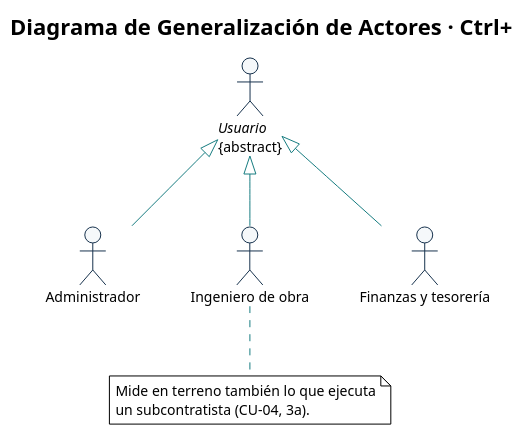
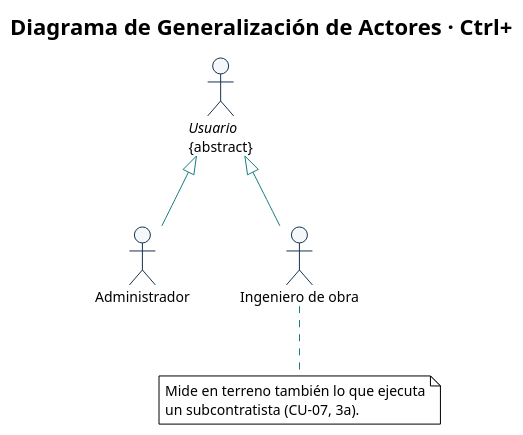
The diagram in diagramas/CU-00-generalizacion-actores.puml (Ssrrb/tpf-uca), drawn with PlantUML before and after one commit. The commit also changed 8 other files, not shown here.

First line of the commit message:
Diagramas generales: alto nivel y refinados por proceso con dos actores, y generalización sin Finanzas y tesorería

```diff
--- a/diagramas/CU-00-generalizacion-actores.puml
+++ b/diagramas/CU-00-generalizacion-actores.puml
@@ -1,42 +1,40 @@
 @startuml
 !theme plain
 skinparam style strictuml
 title Diagrama de Generalización de Actores · Ctrl+
 skinparam shadowing false
 skinparam defaultFontName Arial
 skinparam defaultFontSize 14
 skinparam ArrowColor #167C80
 skinparam actor {
   BackgroundColor #F5F8FA
   BorderColor #17324D
 }
 skinparam usecase {
   BackgroundColor #F5F8FA
   BorderColor #17324D
 }
 skinparam rectangle {
   BackgroundColor #FFFFFF
   BorderColor #17324D
 }
 skinparam package {
   BackgroundColor #EAF2F6
   BorderColor #17324D
 }
 skinparam nodesep 50
 skinparam ranksep 70
 
 actor "<i>Usuario</i>\n{abstract}" as USR
 actor "Administrador" as ADM
 actor "Ingeniero de obra" as ING
-actor "Finanzas y tesorería" as FIN
 
 USR <|-- ADM
 USR <|-- ING
-USR <|-- FIN
 
 note bottom of ING
   Mide en terreno también lo que ejecuta
-  un subcontratista (CU-04, 3a).
+  un subcontratista (CU-07, 3a).
 end note
 
 @enduml
```
